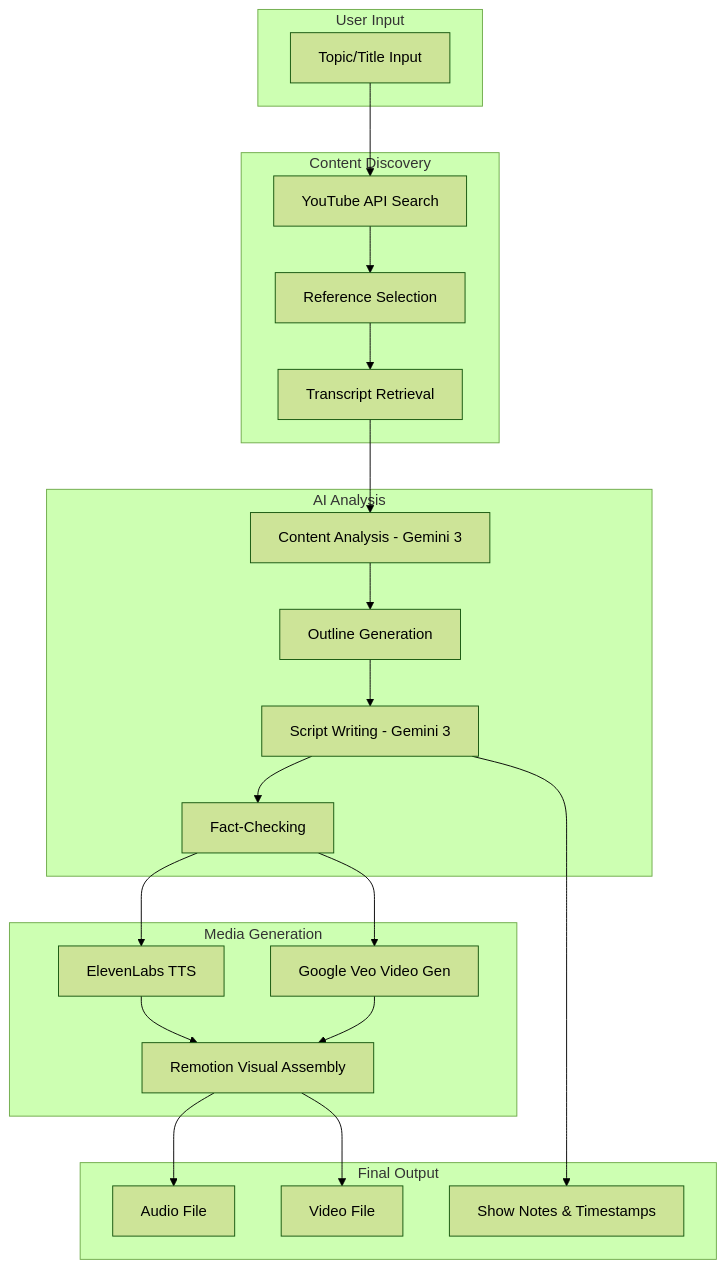
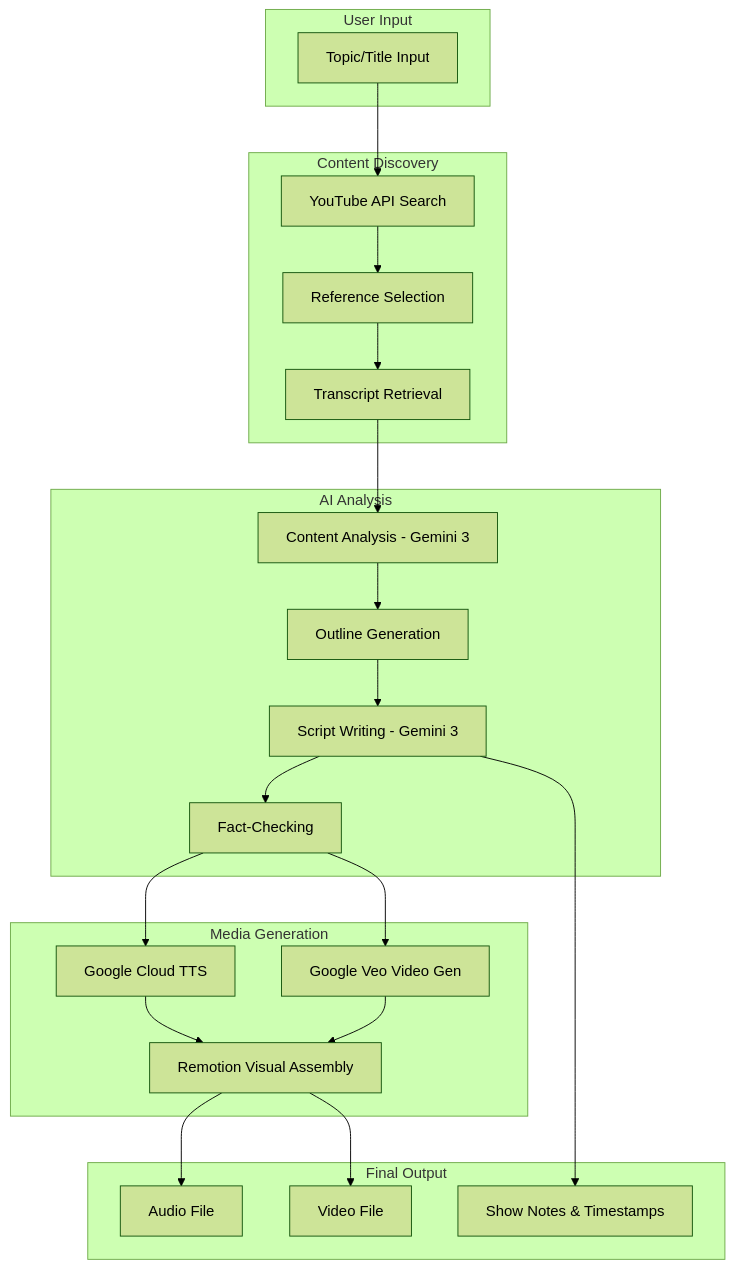
Before and after one commit to ambakick/agi-hack-2025: the diagram in README.md, drawn with Mermaid (forest theme). The commit also changed other lines of this file and 20 other files, not shown here.

````diff
--- a/README.md
+++ b/README.md
@@ -9,46 +9,46 @@
 ```mermaid
 flowchart TB
     subgraph input [User Input]
         Topic[Topic/Title Input]
     end
     
     subgraph discovery [Content Discovery]
         YouTubeAPI[YouTube API Search]
         RefSelect[Reference Selection]
         Transcripts[Transcript Retrieval]
     end
     
     subgraph analysis [AI Analysis]
         ContentAnalysis[Content Analysis - Gemini 3]
         OutlineGen[Outline Generation]
         ScriptWrite[Script Writing - Gemini 3]
         FactCheck[Fact-Checking]
     end
     
     subgraph mediaGen [Media Generation]
-        TTS[ElevenLabs TTS]
+        TTS[Google Cloud TTS]
         VeoVideo[Google Veo Video Gen]
         Remotion[Remotion Visual Assembly]
     end
     
     subgraph output [Final Output]
         Audio[Audio File]
         Video[Video File]
         ShowNotes[Show Notes & Timestamps]
     end
     
     Topic --> YouTubeAPI
     YouTubeAPI --> RefSelect
     RefSelect --> Transcripts
     Transcripts --> ContentAnalysis
     ContentAnalysis --> OutlineGen
     OutlineGen --> ScriptWrite
     ScriptWrite --> FactCheck
     FactCheck --> TTS
     FactCheck --> VeoVideo
     TTS --> Remotion
     VeoVideo --> Remotion
     Remotion --> Audio
     Remotion --> Video
     ScriptWrite --> ShowNotes
 ```
````
